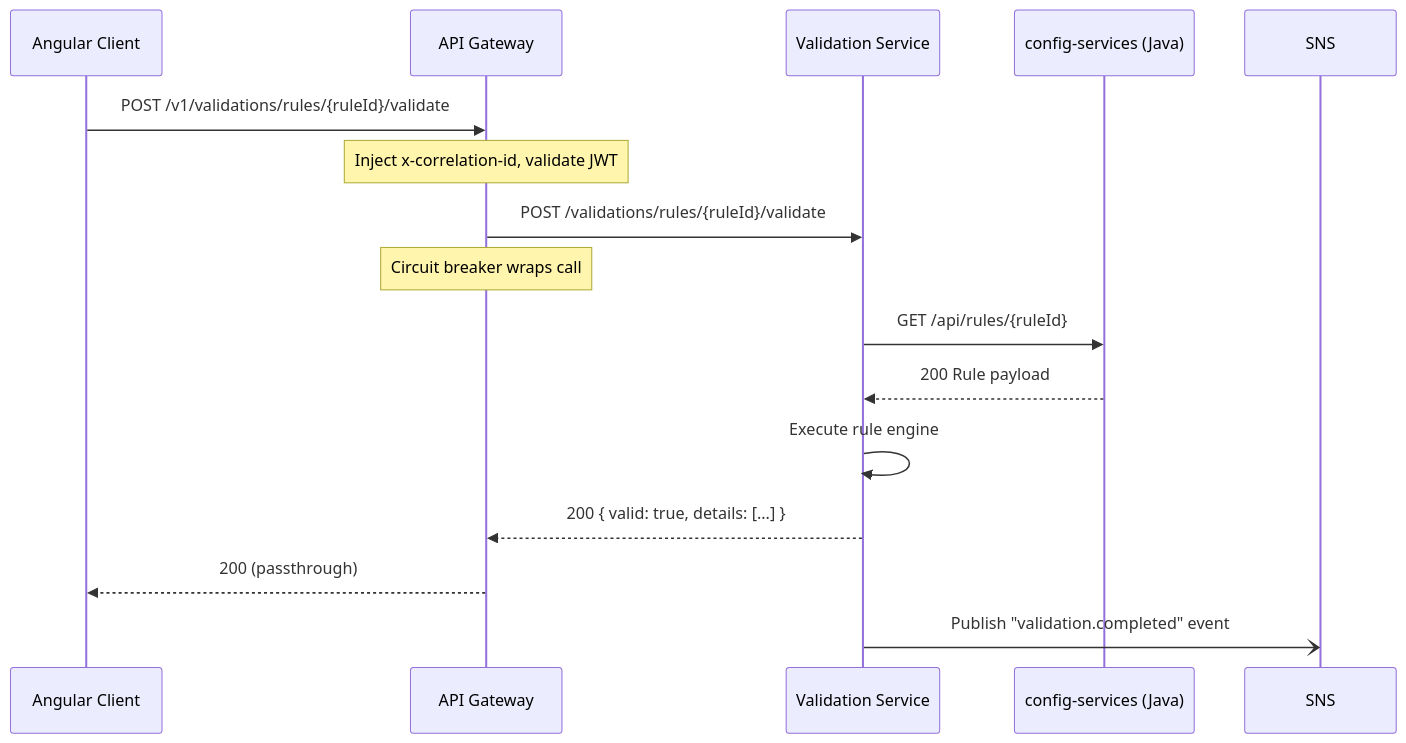
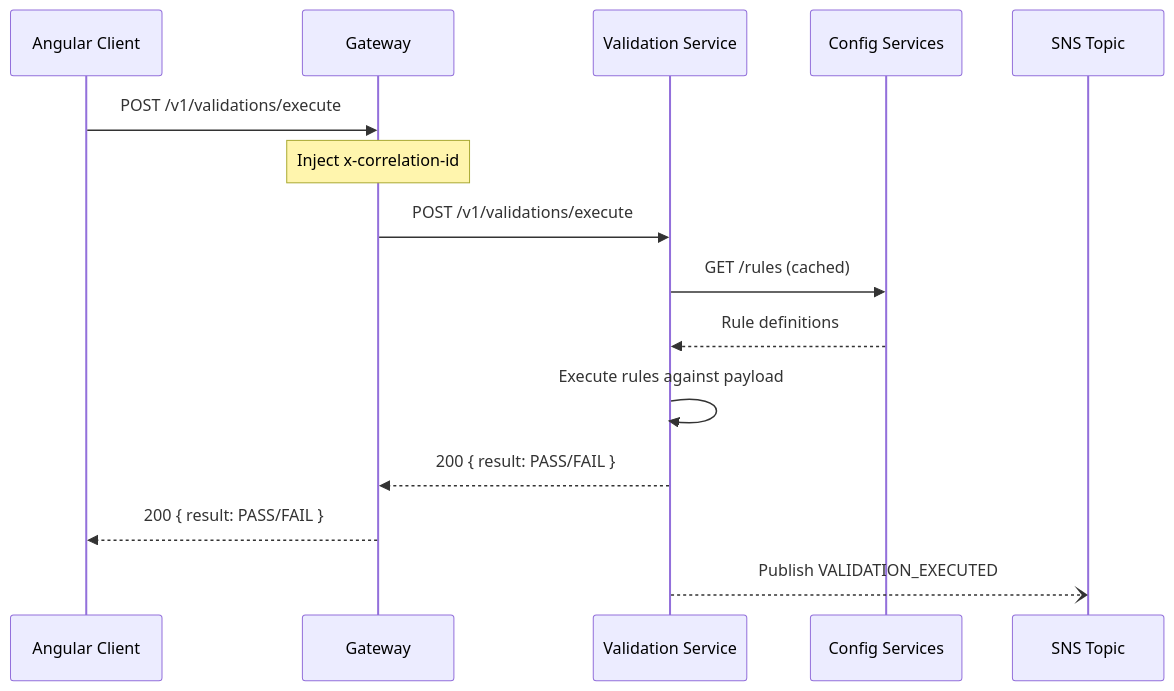
Before and after one commit to rsanchez-disney/steer-runtime: the fourth of 7 diagrams in tests/orchestration/architecture_spec_agent.md, drawn with Mermaid. The commit also changed other lines of this file and 1 other file, not shown here.

````diff
--- a/tests/orchestration/architecture_spec_agent.md
+++ b/tests/orchestration/architecture_spec_agent.md
@@ -137,18 +321,18 @@
 ```mermaid
 sequenceDiagram
     participant UI as Angular Client
-    participant GW as API Gateway
+    participant GW as Gateway
     participant VS as Validation Service
-    participant CS as config-services (Java)
+    participant CS as Config Services
+    participant SNS as SNS Topic
 
-    UI->>GW: POST /v1/validations/rules/{ruleId}/validate
-    Note over GW: Inject x-correlation-id, validate JWT
-    GW->>VS: POST /validations/rules/{ruleId}/validate
-    Note over GW: Circuit breaker wraps call
-    VS->>CS: GET /api/rules/{ruleId}
-    CS-->>VS: 200 Rule payload
-    VS->>VS: Execute rule engine
-    VS-->>GW: 200 { valid: true, details: [...] }
-    GW-->>UI: 200 (passthrough)
-    VS-)SNS: Publish "validation.completed" event
+    UI->>GW: POST /v1/validations/execute
+    Note over GW: Inject x-correlation-id
+    GW->>VS: POST /v1/validations/execute
+    VS->>CS: GET /rules (cached)
+    CS-->>VS: Rule definitions
+    VS->>VS: Execute rules against payload
+    VS-->>GW: 200 { result: PASS/FAIL }
+    GW-->>UI: 200 { result: PASS/FAIL }
+    VS--)SNS: Publish VALIDATION_EXECUTED
 ```
````
